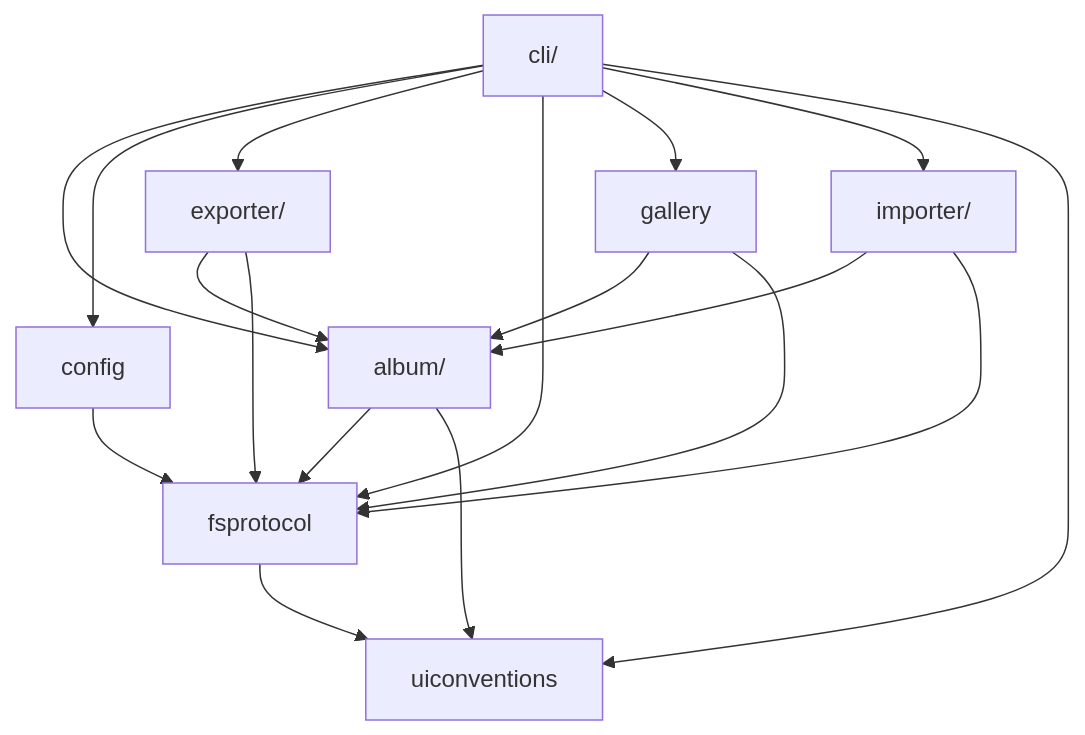
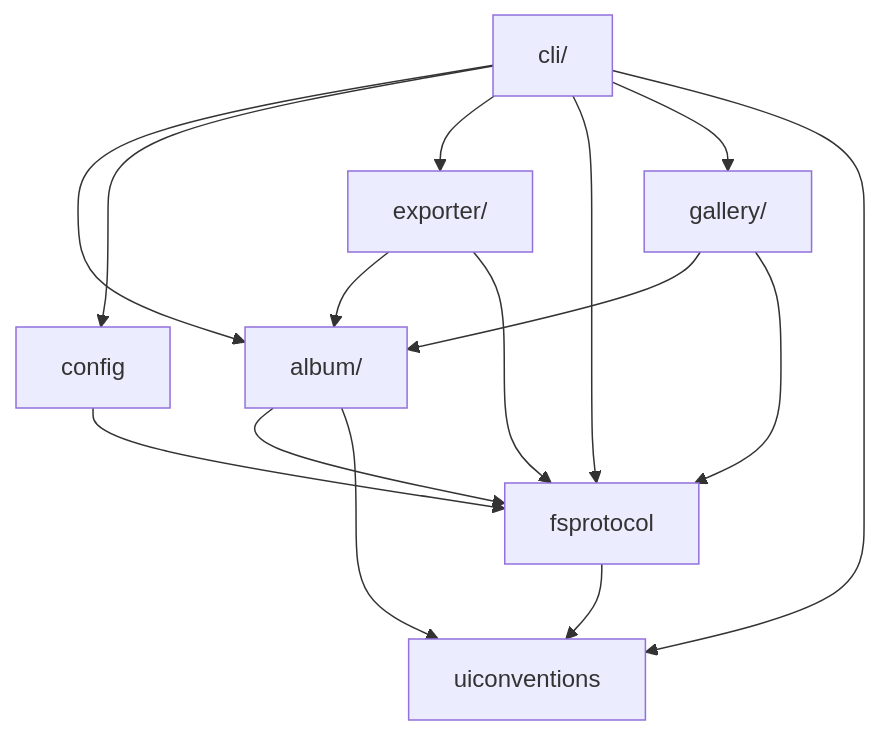
Before and after one commit to iglootools/photree: the diagram in docs/architecture.md, drawn with Mermaid. The commit also changed 32 other files, not shown here.

First line of the commit message:
refactor: split import commands into album and gallery domains

````diff
--- a/docs/architecture.md
+++ b/docs/architecture.md
@@ -17,29 +17,25 @@
 ```mermaid
 graph TD
     album["album/"]
     cli["cli/"]
     config["config"]
     exporter["exporter/"]
     fsprotocol["fsprotocol"]
-    gallery["gallery"]
-    importer["importer/"]
+    gallery["gallery/"]
     uiconventions["uiconventions"]
 
     album --> fsprotocol
     album --> uiconventions
     cli --> album
     cli --> config
     cli --> exporter
     cli --> fsprotocol
     cli --> gallery
-    cli --> importer
     cli --> uiconventions
     config --> fsprotocol
     exporter --> album
     exporter --> fsprotocol
     fsprotocol --> uiconventions
     gallery --> album
     gallery --> fsprotocol
-    importer --> album
-    importer --> fsprotocol
 ```
````
